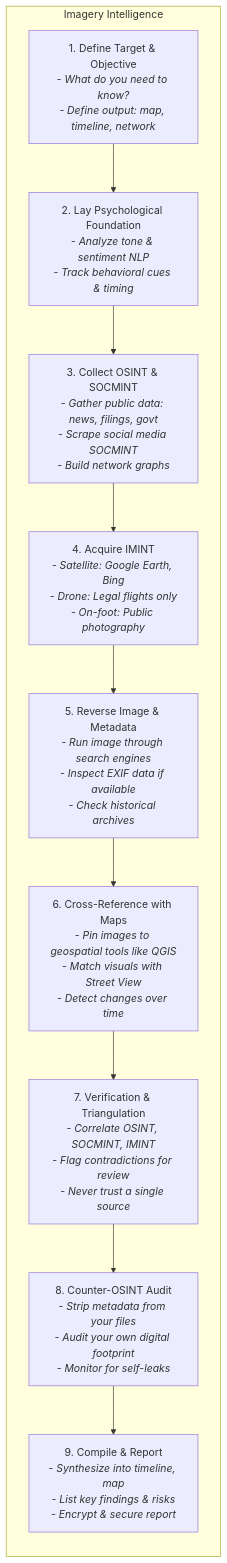
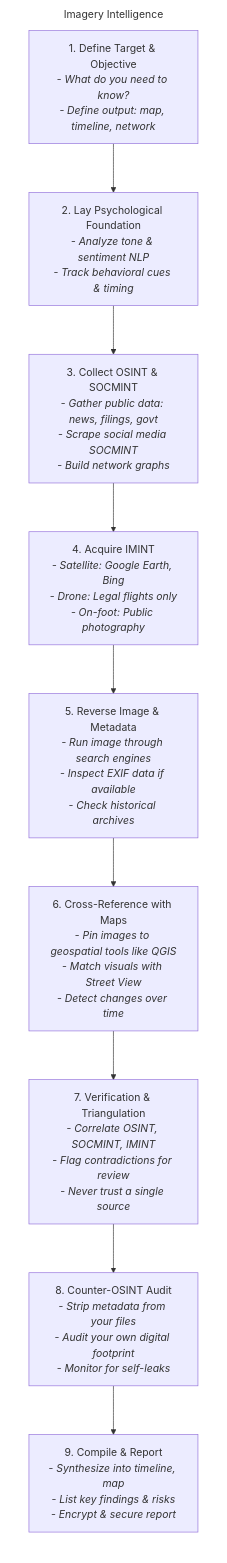
The diagram in markdown/mermaid-data/Recon.md (airborne-commando/OPSEC-OSINT-Tools), drawn with Mermaid before and after one commit. The commit also changed 2 other files, not shown here.

Commit message:
added in no boarder for img intel

````diff
--- a/markdown/mermaid-data/Recon.md
+++ b/markdown/mermaid-data/Recon.md
@@ -2,42 +2,24 @@
 ```mermaid
 flowchart LR
-    A[1. Define Target & Objective<br/>- <i>What do you need to know?<br/>- Define output: map, timeline, network</i>]
-    
-    B[2. Lay Psychological Foundation<br/>- <i>Analyze tone & sentiment NLP<br/>- Track behavioral cues & timing</i>]
-    
-    C[3. Collect OSINT & SOCMINT<br/>- <i>Gather public data: news, filings, govt<br/>- Scrape social media SOCMINT<br/>- Build network graphs</i>]
-    
-    D[4. Acquire IMINT<br/>- <i>Satellite: Google Earth, Bing<br/>- Drone: Legal flights only<br/>- On-foot: Public photography</i>]
-    
-    E[5. Reverse Image & Metadata<br/>- <i>Run image through search engines<br/>- Inspect EXIF data if available<br/>- Check historical archives</i>]
-    
-    F[6. Cross-Reference with Maps<br/>- <i>Pin images to geospatial tools like QGIS<br/>- Match visuals with Street View<br/>- Detect changes over time</i>]
-    
-    G[7. Verification & Triangulation<br/>- <i>Correlate OSINT, SOCMINT, IMINT<br/>- Flag contradictions for review<br/>- Never trust a single source</i>]
-    
-    H[8. Counter-OSINT Audit<br/>- <i>Strip metadata from your files<br/>- Audit your own digital footprint<br/>- Monitor for self-leaks</i>]
-    
-    I[9. Compile & Report<br/>- <i>Synthesize into timeline, map<br/>- List key findings & risks<br/>- Encrypt & secure report</i>]
-
+ subgraph subGraph0["Imagery Intelligence"]
+        A["1. Define Target &amp; Objective<br>- <i>What do you need to know?<br>- Define output: map, timeline, network</i>"]
+        B["2. Lay Psychological Foundation<br>- <i>Analyze tone &amp; sentiment NLP<br>- Track behavioral cues &amp; timing</i>"]
+        C["3. Collect OSINT &amp; SOCMINT<br>- <i>Gather public data: news, filings, govt<br>- Scrape social media SOCMINT<br>- Build network graphs</i>"]
+        D["4. Acquire IMINT<br>- <i>Satellite: Google Earth, Bing<br>- Drone: Legal flights only<br>- On-foot: Public photography</i>"]
+        E["5. Reverse Image &amp; Metadata<br>- <i>Run image through search engines<br>- Inspect EXIF data if available<br>- Check historical archives</i>"]
+        F["6. Cross-Reference with Maps<br>- <i>Pin images to geospatial tools like QGIS<br>- Match visuals with Street View<br>- Detect changes over time</i>"]
+        G["7. Verification &amp; Triangulation<br>- <i>Correlate OSINT, SOCMINT, IMINT<br>- Flag contradictions for review<br>- Never trust a single source</i>"]
+        H["8. Counter-OSINT Audit<br>- <i>Strip metadata from your files<br>- Audit your own digital footprint<br>- Monitor for self-leaks</i>"]
+        I["9. Compile &amp; Report<br>- <i>Synthesize into timeline, map<br>- List key findings &amp; risks<br>- Encrypt &amp; secure report</i>"]
+  end
     A --> B
     B --> C
     C --> D
     D --> E
     E --> F
     F --> G
     G --> H
     H --> I
 
-
-    subgraph "Imagery Intelligence"
-        A
-        B
-        C
-        D
-        E
-        F
-        G
-        H
-        I
-    end
+    style subGraph0 fill:transparent,stroke:none
 ```
````
